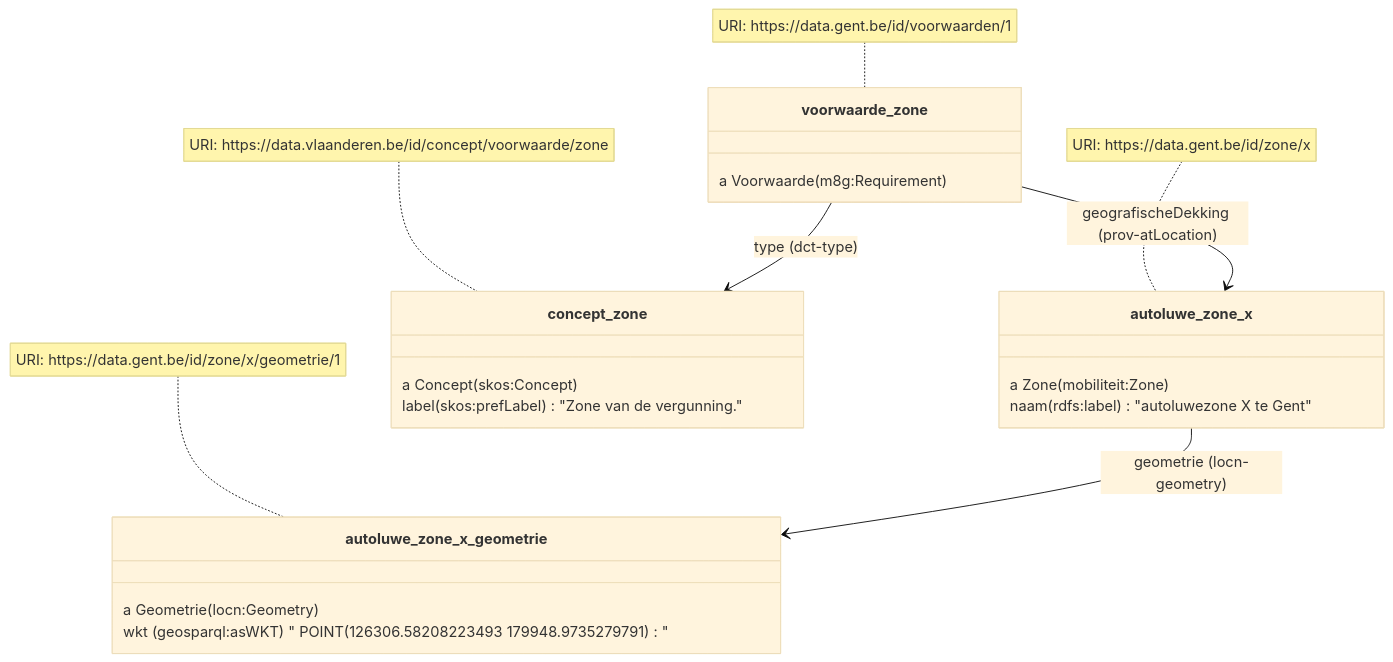
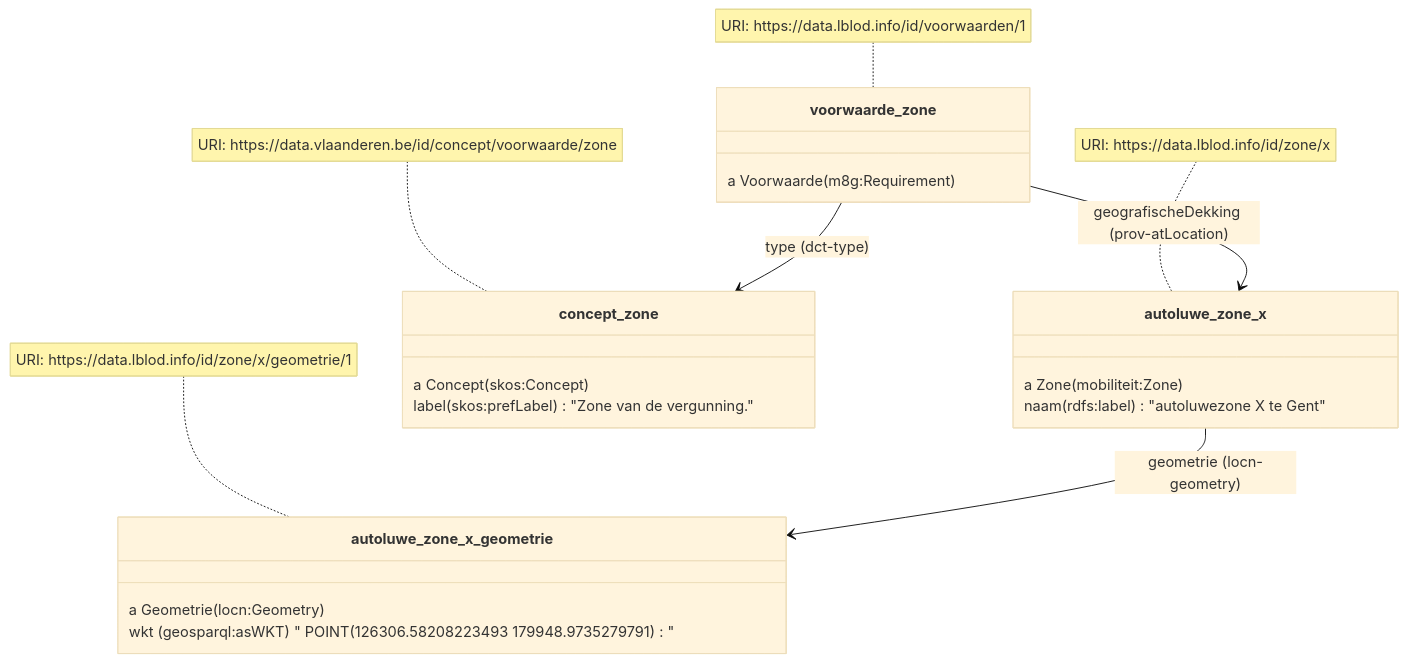
One commit to lblod/implementatiemodel-citerra changed the first of 4 diagrams in README.md. Above: the diagram before and after it, drawn with Mermaid (base theme). The commit also changed other lines of this file, not shown here.

````diff
--- a/README.md
+++ b/README.md
@@ -493,26 +479,26 @@
 ```mermaid
 classDiagram
     autoluwe_zone_x --> autoluwe_zone_x_geometrie: geometrie (locn-geometry)
     voorwaarde_zone --> concept_zone: type (dct-type)
     voorwaarde_zone --> autoluwe_zone_x: geografischeDekking (prov-atLocation)
-    note for autoluwe_zone_x "URI: https:\/\/data.gent.be\/id\/zone\/x"
-    note for autoluwe_zone_x_geometrie "URI: https:\/\/data.gent.be\/id\/zone\/x\/geometrie\/1"
-    note for voorwaarde_zone "URI: https:\/\/data.gent.be\/id\/voorwaarden\/1"
+    note for autoluwe_zone_x "URI: https:\/\/data.lblod.info\/id\/zone\/x"
+    note for autoluwe_zone_x_geometrie "URI: https:\/\/data.lblod.info\/id\/zone\/x\/geometrie\/1"
+    note for voorwaarde_zone "URI: https:\/\/data.lblod.info\/id\/voorwaarden\/1"
     note for concept_zone "URI: https:\/\/data.vlaanderen.be\/id\/concept\/voorwaarde\/zone"
 
     class autoluwe_zone_x {
       a Zone (mobiliteit:Zone)
       naam (rdfs:label) "autoluwezone X te Gent"
     }
     class autoluwe_zone_x_geometrie {
       a Geometrie (locn:Geometry)
       wkt (geosparql:asWKT) "<http://www.opengis.net/def/crs/EPSG/0/31370> POINT(126306.58208223493 179948.9735279791)"
     }
     class voorwaarde_zone {
       a Voorwaarde (m8g:Requirement)
     }
     class concept_zone {
       a Concept (skos:Concept)
       label (skos:prefLabel) "Zone van de vergunning."
     }
 ```
````
